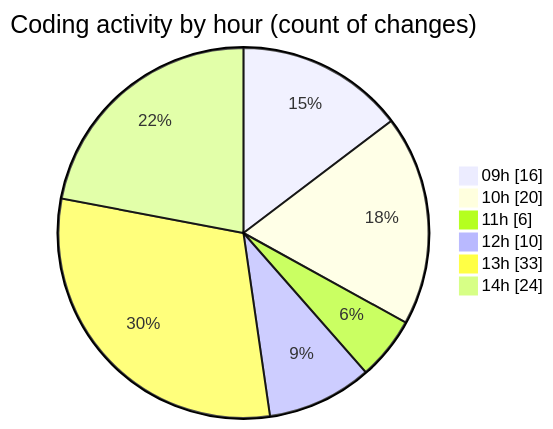
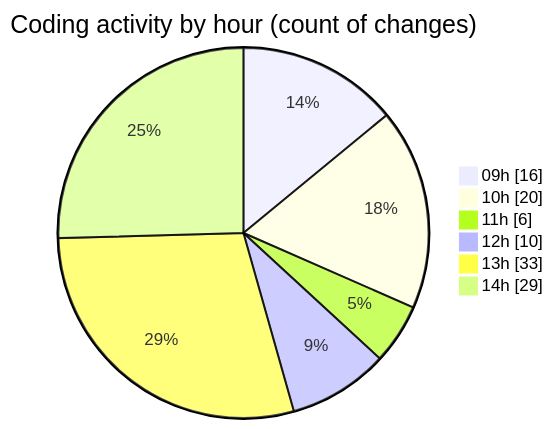
One commit to momahboobian/code-tracking changed the second of 2 diagrams in 2025-05-16/cda/README.md. Above: the diagram before and after it, drawn with Mermaid. The commit also changed other lines of this file and 1 other file, not shown here.

````diff
--- a/2025-05-16/cda/README.md
+++ b/2025-05-16/cda/README.md
@@ -58,10 +58,10 @@
 ```mermaid
 pie showData
 title Coding activity by hour (count of changes)
 "09h" : 16
 "10h" : 20
 "11h" : 6
 "12h" : 10
 "13h" : 33
-"14h" : 24
+"14h" : 29
 ```
````
